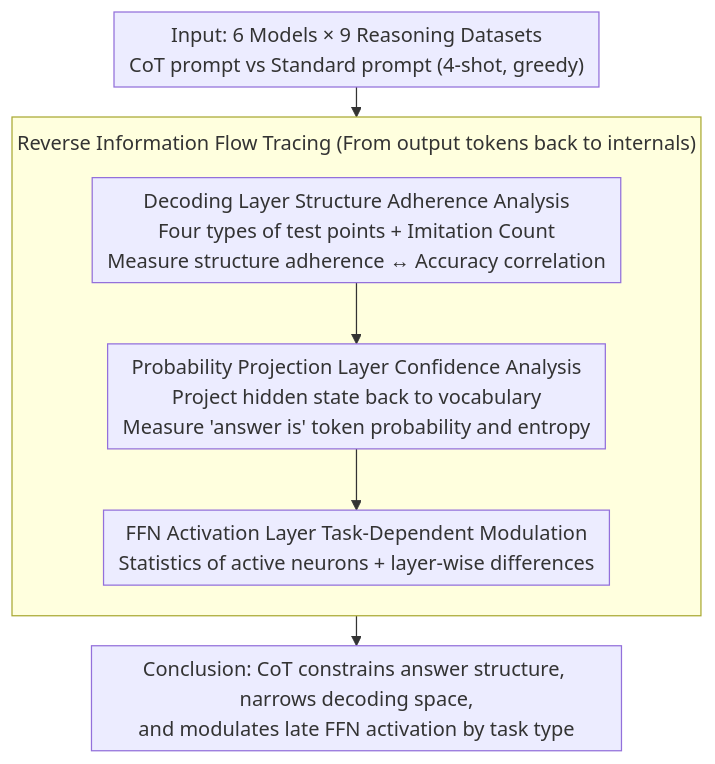
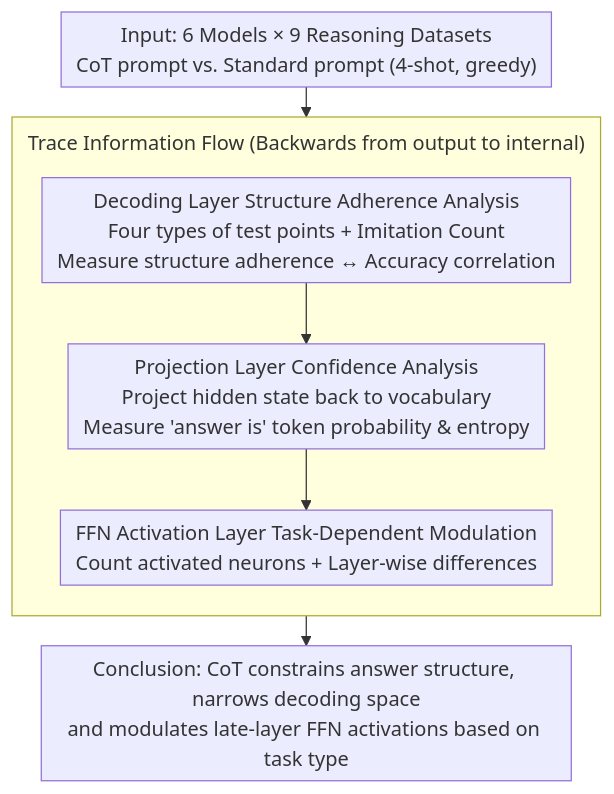
The diagram in docs/ACL2026/llm_reasoning/how_chain-of-thought_works_tracing_information_flow_from_decoding_projection_and.md (zhaoyang97/Paper-Notes-en), drawn with Mermaid before and after one commit. The commit also changed other lines of this file and 5084 other files, not shown here.

````diff
--- a/docs/ACL2026/llm_reasoning/how_chain-of-thought_works_tracing_information_flow_from_decoding_projection_and.md
+++ b/docs/ACL2026/llm_reasoning/how_chain-of-thought_works_tracing_information_flow_from_decoding_projection_and.md
@@ -49,11 +49,11 @@
 ```mermaid
 %%{init: {'flowchart': {'rankSpacing': 24, 'nodeSpacing': 28, 'padding': 6, 'wrappingWidth': 400, 'subGraphTitleMargin': {'top': 8, 'bottom': 16}}}}%%
 flowchart TD
-    A["Input: 6 Models × 9 Reasoning Datasets<br/>CoT prompt vs Standard prompt (4-shot, greedy)"] --> TRACE
-    subgraph TRACE["Reverse Information Flow Tracing (From output tokens back to internals)"]
+    A["Input: 6 Models × 9 Reasoning Datasets<br/>CoT prompt vs. Standard prompt (4-shot, greedy)"] --> TRACE
+    subgraph TRACE["Trace Information Flow (Backwards from output to internal)"]
         direction TB
-        B["Decoding Layer Structure Adherence Analysis<br/>Four types of test points + Imitation Count<br/>Measure structure adherence ↔ Accuracy correlation"] --> C["Probability Projection Layer Confidence Analysis<br/>Project hidden state back to vocabulary<br/>Measure 'answer is' token probability and entropy"]
-        C --> D["FFN Activation Layer Task-Dependent Modulation<br/>Statistics of active neurons + layer-wise differences"]
+        B["Decoding Layer Structure Adherence Analysis<br/>Four types of test points + Imitation Count<br/>Measure structure adherence ↔ Accuracy correlation"] --> C["Projection Layer Confidence Analysis<br/>Project hidden state back to vocabulary<br/>Measure 'answer is' token probability & entropy"]
+        C --> D["FFN Activation Layer Task-Dependent Modulation<br/>Count activated neurons + Layer-wise differences"]
     end
-    TRACE --> E["Conclusion: CoT constrains answer structure, narrows decoding space,<br/>and modulates late FFN activation by task type"]
+    TRACE --> E["Conclusion: CoT constrains answer structure, narrows decoding space<br/>and modulates late-layer FFN activations based on task type"]
 ```
````
